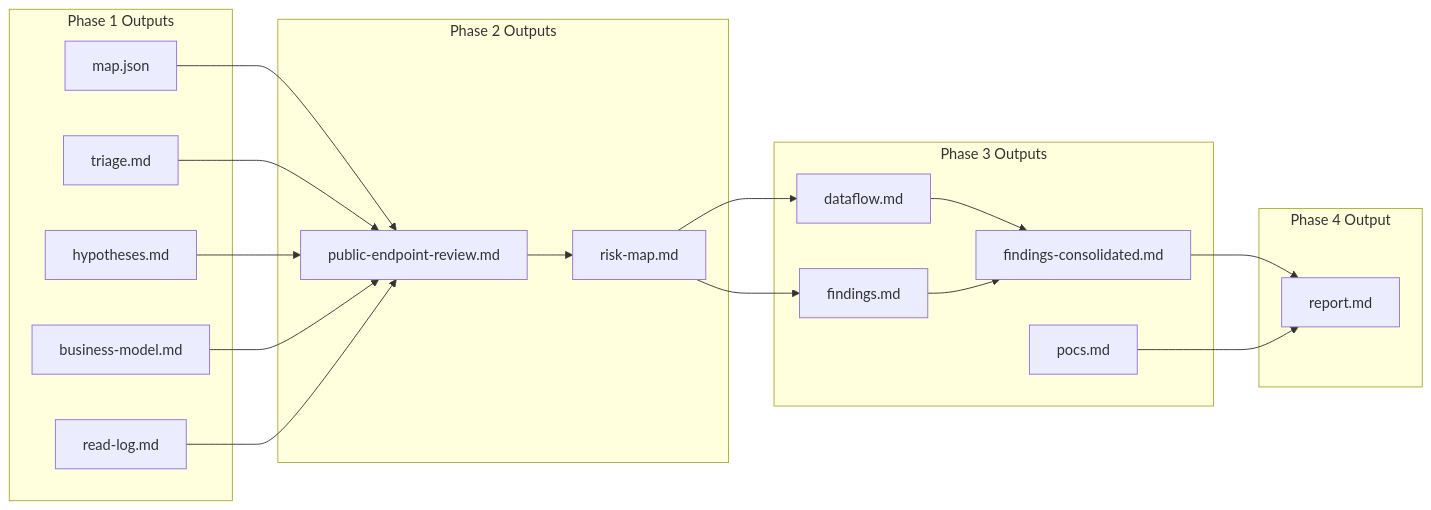
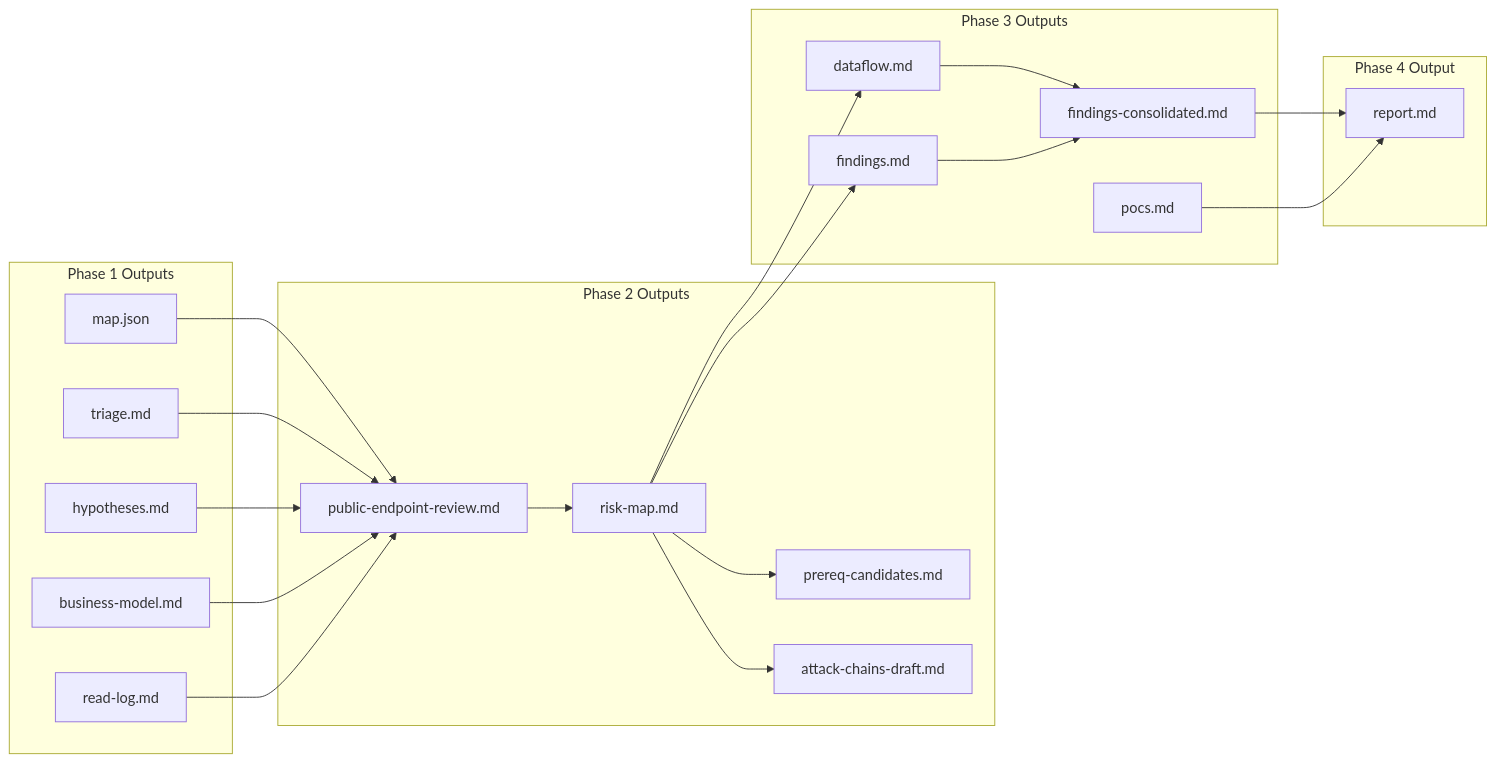
One commit to Hxnxe/code-security-audit-skills changed the second of 2 diagrams in README.md. Above: the diagram before and after it, drawn with Mermaid. The commit also changed other lines of this file, not shown here.

````diff
--- a/README.md
+++ b/README.md
@@ -49,39 +54,43 @@
 ```mermaid
 flowchart LR
   subgraph Phase1[Phase 1 Outputs]
     map[map.json]
     triage[triage.md]
     hypo[hypotheses.md]
     readlog[read-log.md]
     bm[business-model.md]
   end
 
   subgraph Phase2[Phase 2 Outputs]
     review[public-endpoint-review.md]
     risk[risk-map.md]
+    prereq[prereq-candidates.md]
+    chains[attack-chains-draft.md]
   end
 
   subgraph Phase3[Phase 3 Outputs]
     dataflow[dataflow.md]
     findings[findings.md]
     consolidated[findings-consolidated.md]
     pocs[pocs.md]
   end
 
   subgraph Phase4[Phase 4 Output]
     report[report.md]
   end
 
   map --> review
   triage --> review
   hypo --> review
   bm --> review
   readlog --> review
   review --> risk
+  risk --> prereq
+  risk --> chains
   risk --> dataflow
   risk --> findings
   dataflow --> consolidated
   findings --> consolidated
   consolidated --> report
   pocs --> report
 ```
````
